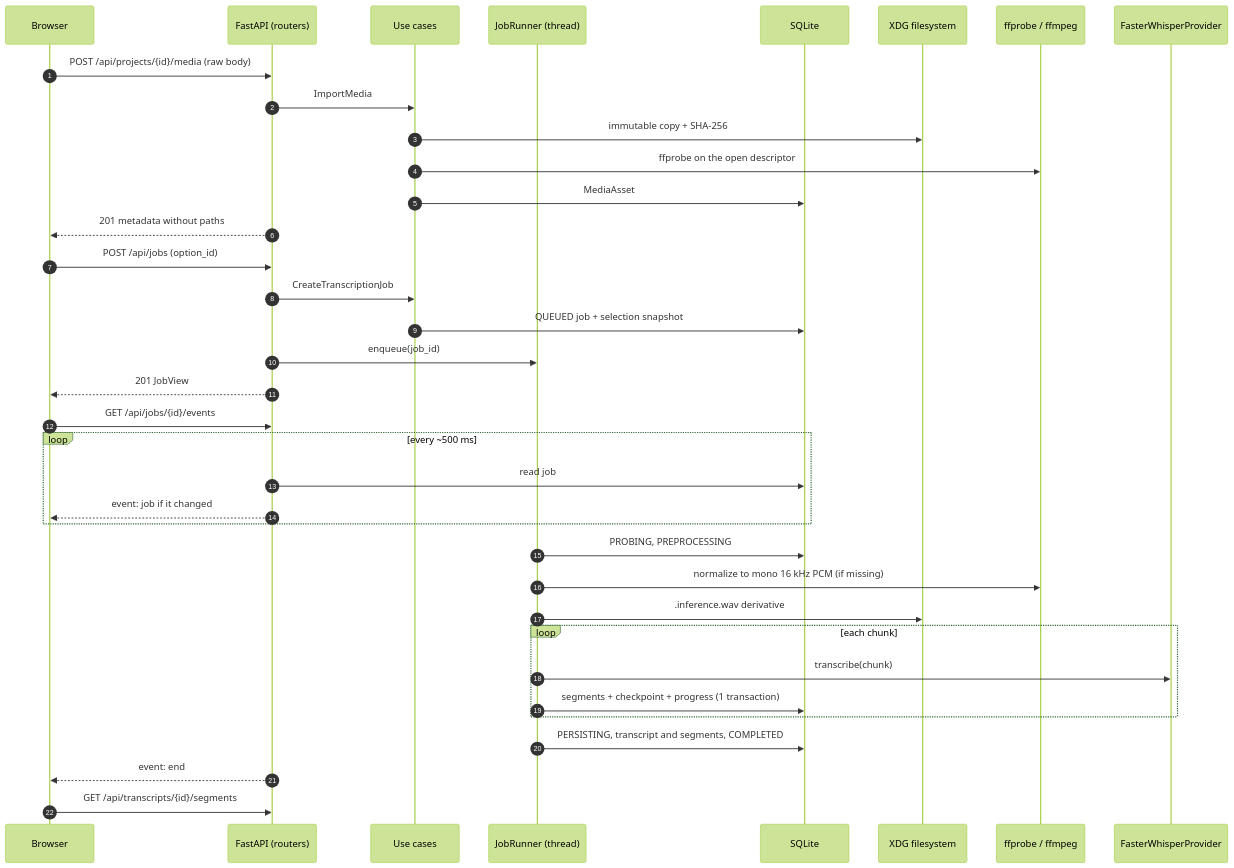
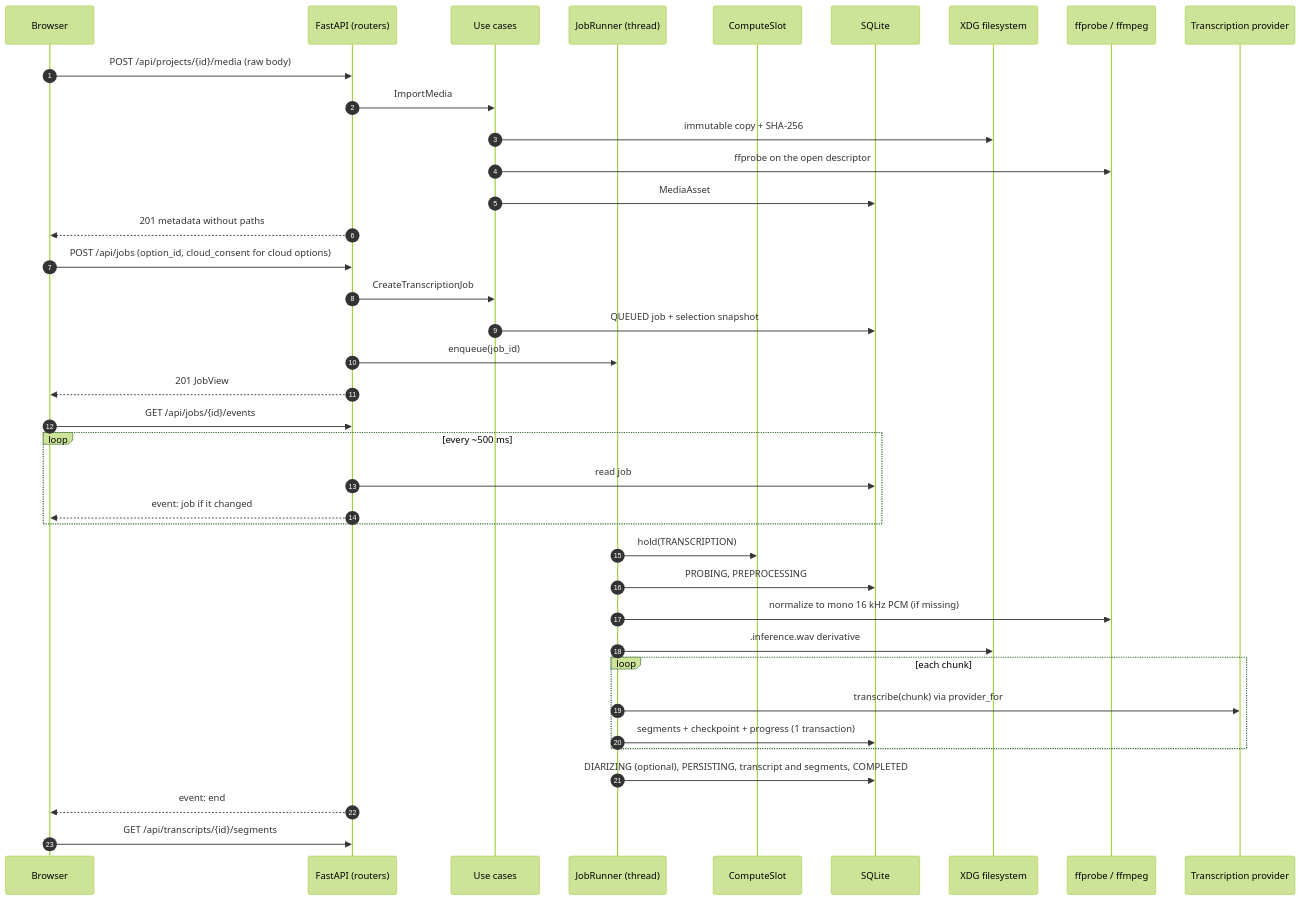
Before and after one commit to MarshallGomez1103/V: the second of 2 diagrams in docs/architecture/03-componentes.md, drawn with Mermaid (forest theme). The commit also changed other lines of this file and 18 other files, not shown here.

````diff
--- a/docs/architecture/03-componentes.md
+++ b/docs/architecture/03-componentes.md
@@ -218,42 +261,44 @@
 ```mermaid
 sequenceDiagram
     autonumber
     participant B as Browser
     participant API as FastAPI (routers)
     participant UC as Use cases
     participant R as JobRunner (thread)
+    participant S as ComputeSlot
     participant DB as SQLite
     participant FS as XDG filesystem
     participant FF as ffprobe / ffmpeg
-    participant FW as FasterWhisperProvider
+    participant P as Transcription provider
 
     B->>API: POST /api/projects/{id}/media (raw body)
     API->>UC: ImportMedia
     UC->>FS: immutable copy + SHA-256
     UC->>FF: ffprobe on the open descriptor
     UC->>DB: MediaAsset
     API-->>B: 201 metadata without paths
 
-    B->>API: POST /api/jobs (option_id)
+    B->>API: POST /api/jobs (option_id, cloud_consent for cloud options)
     API->>UC: CreateTranscriptionJob
     UC->>DB: QUEUED job + selection snapshot
     API->>R: enqueue(job_id)
     API-->>B: 201 JobView
 
     B->>API: GET /api/jobs/{id}/events
     loop every ~500 ms
         API->>DB: read job
         API-->>B: event: job if it changed
     end
 
+    R->>S: hold(TRANSCRIPTION)
     R->>DB: PROBING, PREPROCESSING
     R->>FF: normalize to mono 16 kHz PCM (if missing)
     R->>FS: .inference.wav derivative
     loop each chunk
-        R->>FW: transcribe(chunk)
+        R->>P: transcribe(chunk) via provider_for
         R->>DB: segments + checkpoint + progress (1 transaction)
     end
-    R->>DB: PERSISTING, transcript and segments, COMPLETED
+    R->>DB: DIARIZING (optional), PERSISTING, transcript and segments, COMPLETED
     API-->>B: event: end
     B->>API: GET /api/transcripts/{id}/segments
 ```
````
